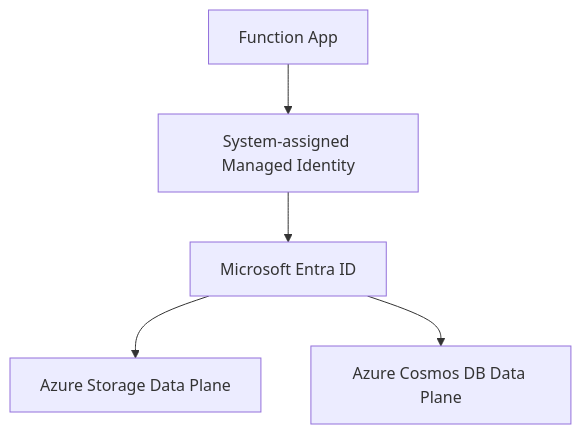
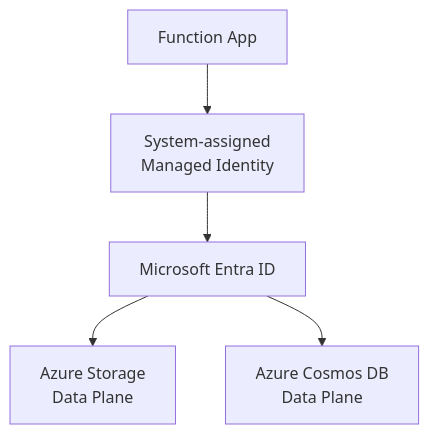
Before and after one commit to yeongseon/azure-functions-practical-guide: the first of 2 diagrams in docs/language-guides/nodejs/recipes/managed-identity.md, drawn with Mermaid. The commit also changed other lines of this file and 4 other files, not shown here.

First line of the commit message:
docs(diagrams): improve Node.js security recipe diagram readability (#505)

````diff
--- a/docs/language-guides/nodejs/recipes/managed-identity.md
+++ b/docs/language-guides/nodejs/recipes/managed-identity.md
@@ -32,7 +37,9 @@
 ```mermaid
 flowchart TD
-    FUNC[Function App] --> MSI[System-assigned Managed Identity]
+    accTitle: Node.js managed identity and service authorization
+    accDescr: Logical relationships from the function app through its system-assigned identity and Microsoft Entra ID to Storage and Cosmos DB data-plane access. Entra issues tokens rather than forwarding application data requests; the Node.js SDK clients call the services, subject to each service's permissions.
+    FUNC[Function App] --> MSI[System-assigned<br/>Managed Identity]
     MSI --> ENTRA[Microsoft Entra ID]
-    ENTRA --> STORAGE[Azure Storage Data Plane]
-    ENTRA --> COSMOS[Azure Cosmos DB Data Plane]
+    ENTRA --> STORAGE[Azure Storage<br/>Data Plane]
+    ENTRA --> COSMOS[Azure Cosmos DB<br/>Data Plane]
 ```
````
